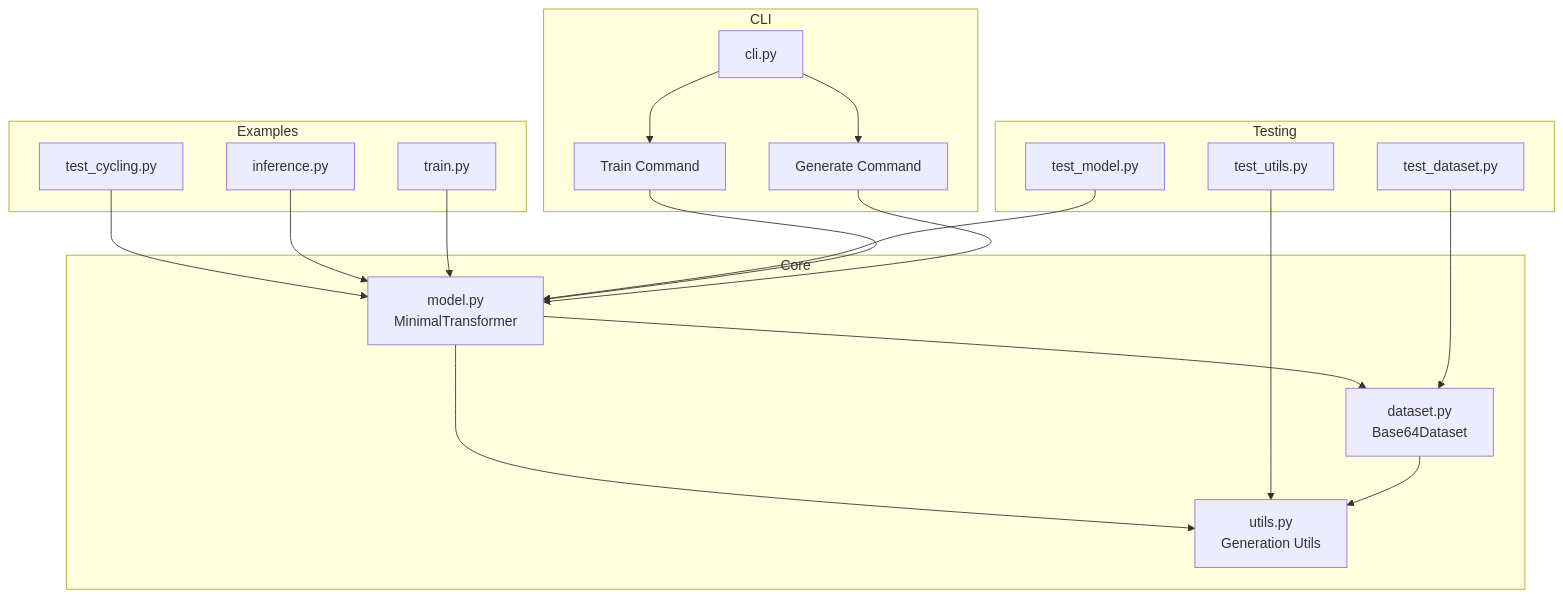
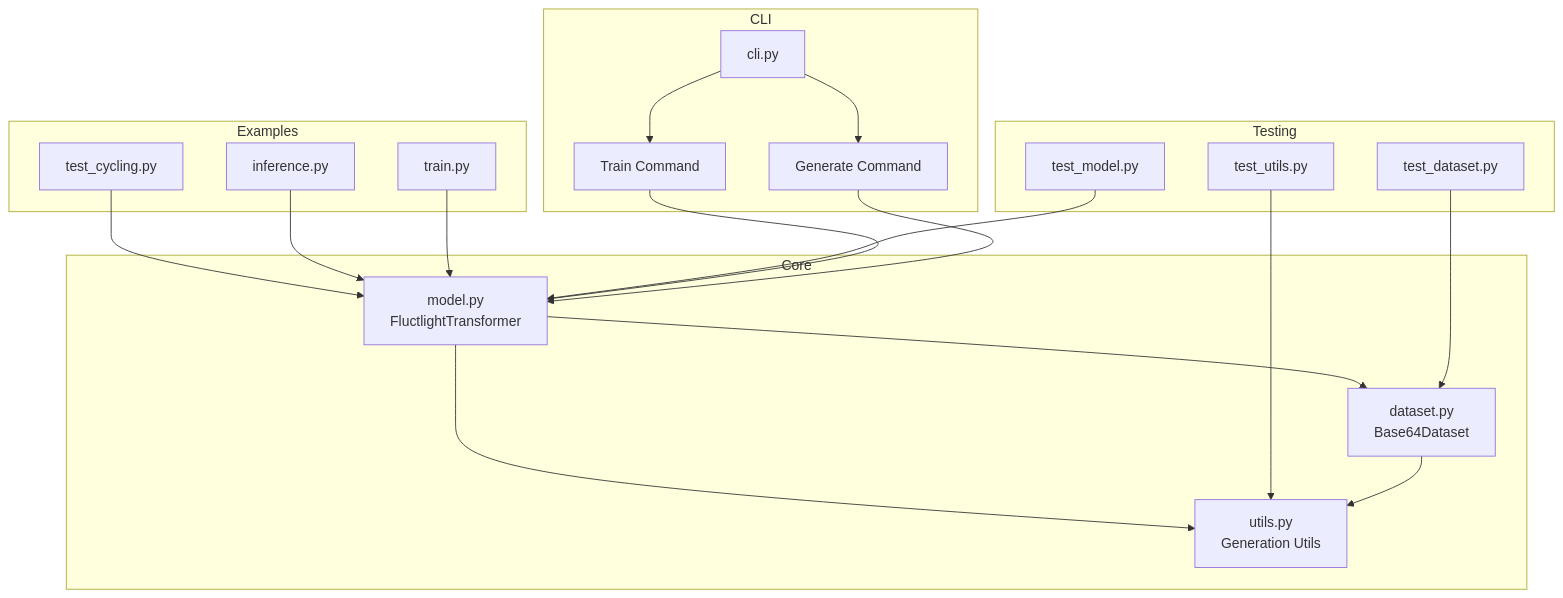
One commit to tcotten-scrypted/autonomous-virtual-beings changed the diagram in code/fl/docs/code_architecture.md. Above: the diagram before and after it, drawn with Mermaid. The commit also changed other lines of this file and 11 other files, not shown here.

Commit message:
fix/docs: set context window explicitly in collate to 64, rename model to FluctlightTransformer

````diff
--- a/code/fl/docs/code_architecture.md
+++ b/code/fl/docs/code_architecture.md
@@ -3,28 +3,28 @@
 ```mermaid
 graph TD
     subgraph CLI
         cli[cli.py] --> train[Train Command]
         cli --> generate[Generate Command]
     end
 
     subgraph Core
-        model[model.py<br/>MinimalTransformer] --> dataset[dataset.py<br/>Base64Dataset]
+        model[model.py<br/>FluctlightTransformer] --> dataset[dataset.py<br/>Base64Dataset]
         model --> utils[utils.py<br/>Generation Utils]
     end
 
     subgraph Examples
         test_cycling[test_cycling.py] --> model
         inference[inference.py] --> model
         train_example[train.py] --> model
     end
 
     subgraph Testing
         test_model[test_model.py] --> model
         test_dataset[test_dataset.py] --> dataset
         test_utils[test_utils.py] --> utils
     end
 
     train --> model
     generate --> model
     dataset --> utils
 ```
````
